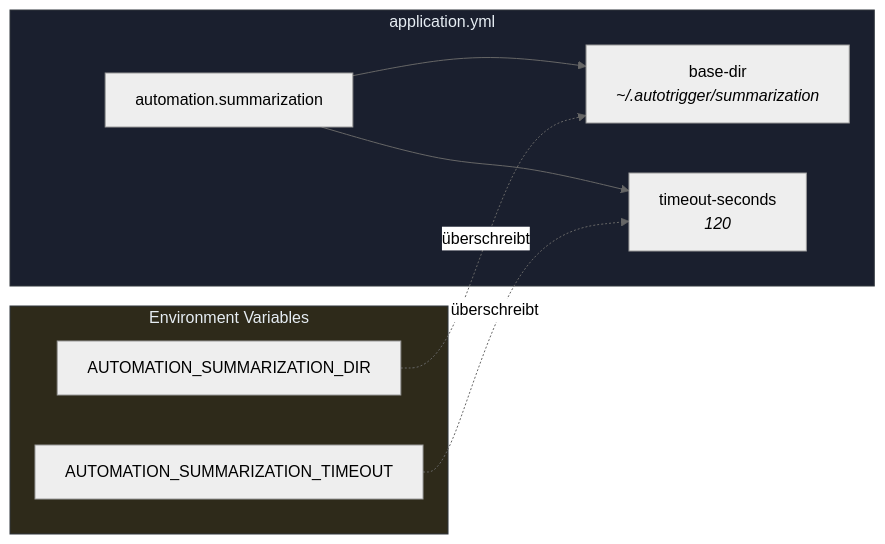
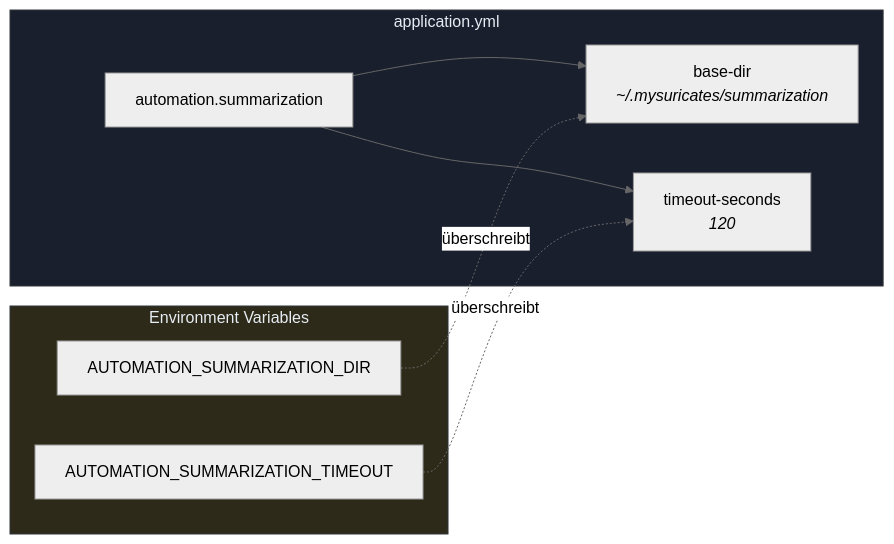
One commit to FLSEST/MySuricates changed the seventh of 7 diagrams in docs/workflow-memory-diagrams.md. Above: the diagram before and after it, drawn with Mermaid (neutral theme). The commit also changed other lines of this file and 88 other files, not shown here.

First line of the commit message:
refactor: rename autotrigger to MySuricates in the repo, data folder ~/.mysuricates with fallback

````diff
--- a/docs/workflow-memory-diagrams.md
+++ b/docs/workflow-memory-diagrams.md
@@ -381,17 +381,17 @@
 ```mermaid
 graph LR
     subgraph YAML["application.yml"]
         S["automation.summarization"]
-        S --> BD["base-dir<br/><i>~/.autotrigger/summarization</i>"]
+        S --> BD["base-dir<br/><i>~/.mysuricates/summarization</i>"]
         S --> TO["timeout-seconds<br/><i>120</i>"]
     end
     subgraph ENV["Environment Variables"]
         E1["AUTOMATION_SUMMARIZATION_DIR"]
         E2["AUTOMATION_SUMMARIZATION_TIMEOUT"]
     end
     E1 -.->|"überschreibt"| BD
     E2 -.->|"überschreibt"| TO
 
     style YAML fill:#1a1f2e,stroke:#30363d,color:#e6edf3
     style ENV fill:#2e2a1a,stroke:#30363d,color:#e6edf3
 ```
````
